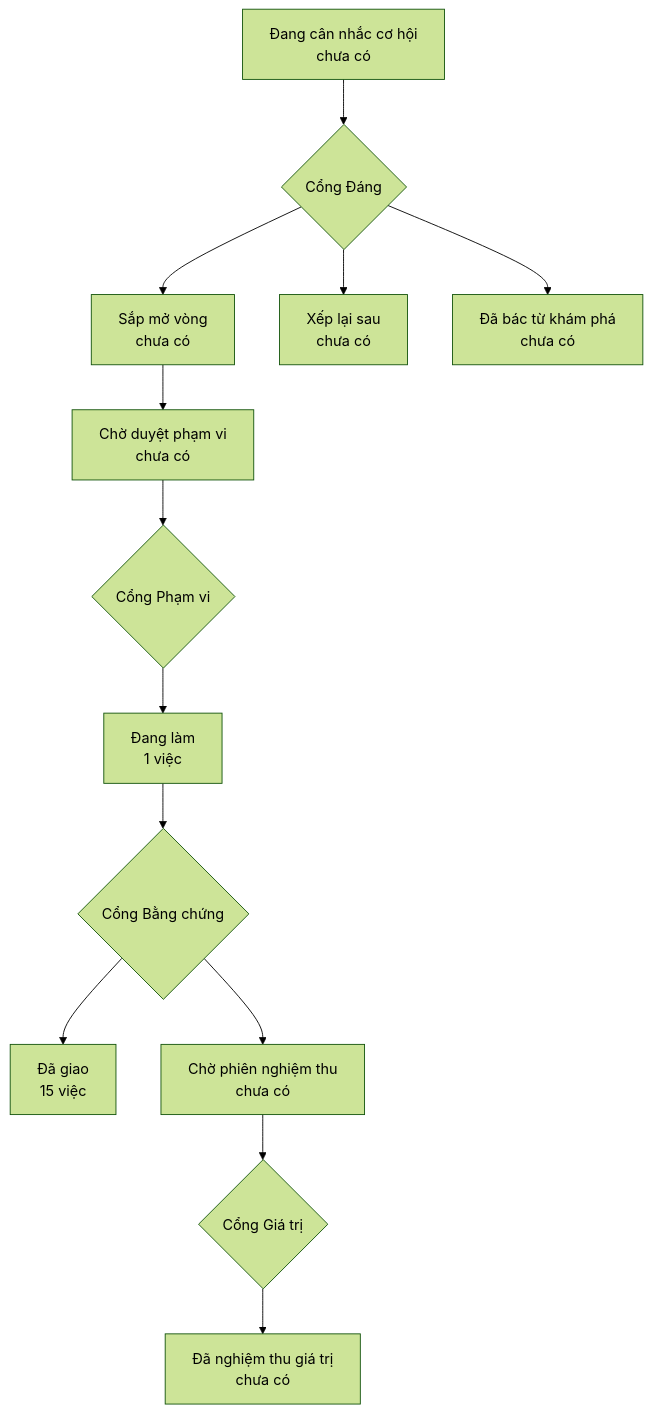
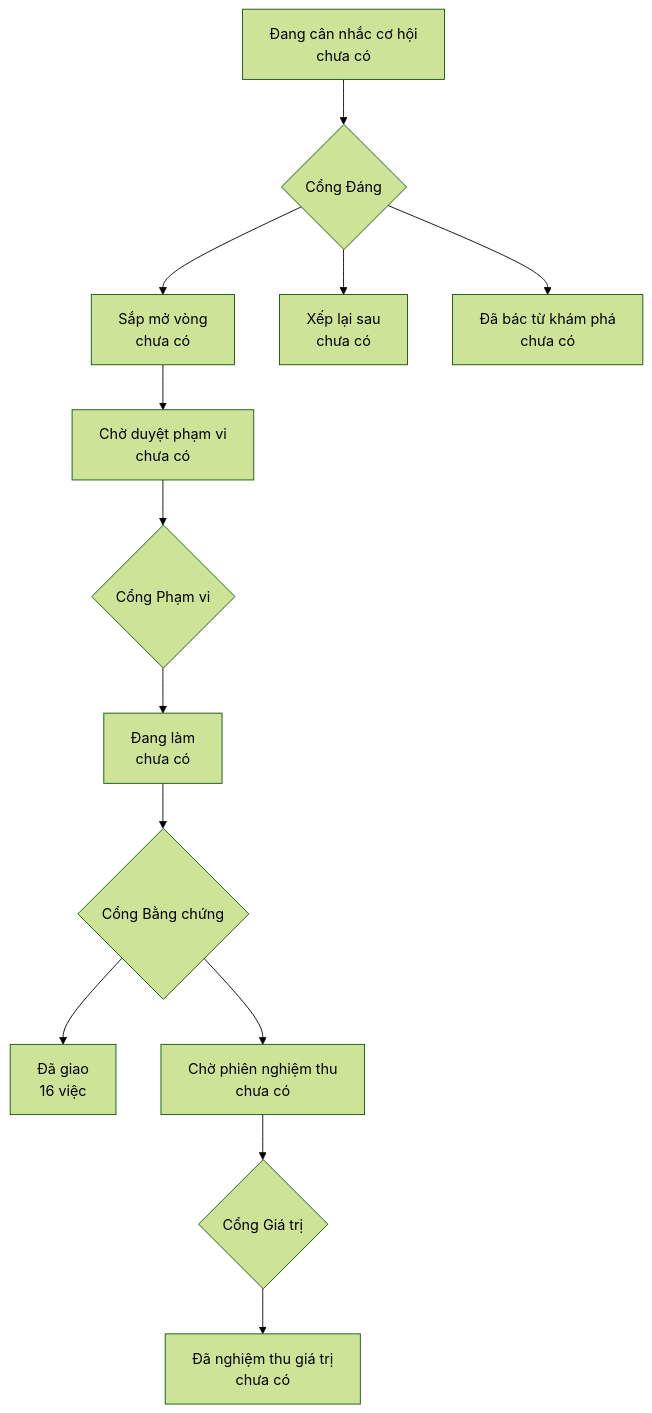
The diagram in PRODUCT-MAP.md (phanlemanh/onehub-invest), drawn with Mermaid (forest theme) before and after one commit. The commit also changed other lines of this file and 3 other files, not shown here.

````diff
--- a/PRODUCT-MAP.md
+++ b/PRODUCT-MAP.md
@@ -6,12 +6,12 @@
 ```mermaid
 flowchart TD
   A["Đang cân nhắc cơ hội<br/>chưa có"] --> GD{"Cổng Đáng"}
   GD --> B["Sắp mở vòng<br/>chưa có"]
   GD --> XL["Xếp lại sau<br/>chưa có"]
   GD --> DB["Đã bác từ khám phá<br/>chưa có"]
   B --> CD["Chờ duyệt phạm vi<br/>chưa có"] --> GP{"Cổng Phạm vi"}
-  GP --> DL["Đang làm<br/>1 việc"] --> GB{"Cổng Bằng chứng"}
-  GB --> DG["Đã giao<br/>15 việc"]
+  GP --> DL["Đang làm<br/>chưa có"] --> GB{"Cổng Bằng chứng"}
+  GB --> DG["Đã giao<br/>16 việc"]
   GB --> CN["Chờ phiên nghiệm thu<br/>chưa có"] --> GG{"Cổng Giá trị"}
   GG --> NT["Đã nghiệm thu giá trị<br/>chưa có"]
 ```
````
